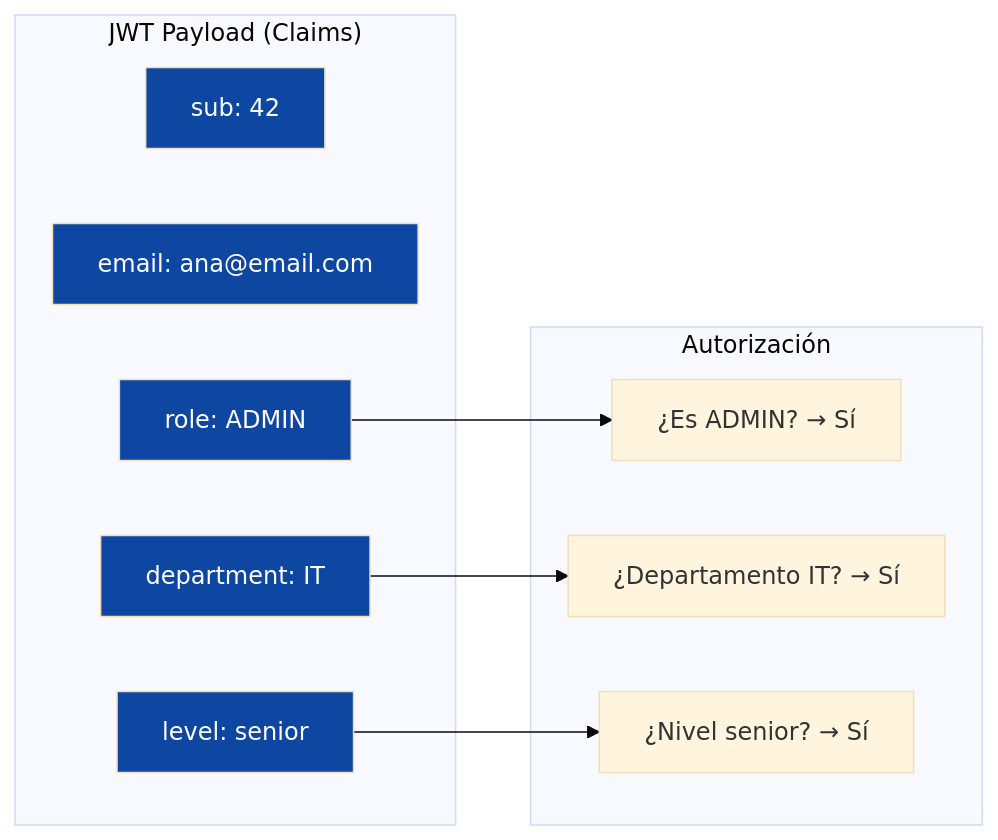
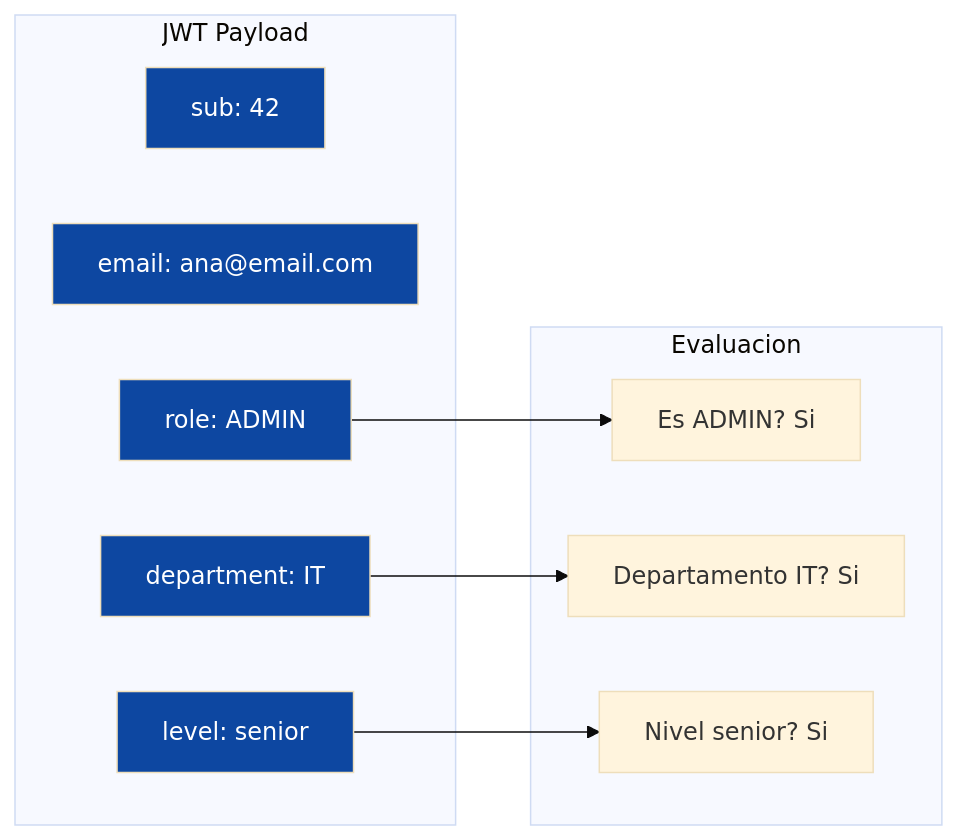
Before and after one commit to joseluisgs/DesarrolloWebEntornosServidor-02-2026-2027: the fourth of 9 diagrams in 17-autorizacion.md, drawn with Mermaid (base theme). The commit also changed other lines of this file and 1 other file, not shown here.

First line of the commit message:
[fix] UD02: Temas 16 y 17 reescritos con Mermaid corregido y texto explicativo

````diff
--- a/17-autorizacion.md
+++ b/17-autorizacion.md
@@ -168,26 +183,26 @@
 ```mermaid
 flowchart LR
-    subgraph "JWT Payload (Claims)"
+    subgraph "JWT Payload"
         C1["sub: 42"]
         C2["email: ana@email.com"]
         C3["role: ADMIN"]
         C4["department: IT"]
         C5["level: senior"]
     end
 
-    subgraph "Autorización"
-        A1["¿Es ADMIN? → Sí"]
-        A2["¿Departamento IT? → Sí"]
-        A3["¿Nivel senior? → Sí"]
+    subgraph "Evaluacion"
+        A1["Es ADMIN? Si"]
+        A2["Departamento IT? Si"]
+        A3["Nivel senior? Si"]
     end
 
     C3 --> A1
     C4 --> A2
     C5 --> A3
 
     style C1 fill:#0D47A1,color:#fff
     style C2 fill:#0D47A1,color:#fff
     style C3 fill:#0D47A1,color:#fff
     style C4 fill:#0D47A1,color:#fff
     style C5 fill:#0D47A1,color:#fff
 ```
````
